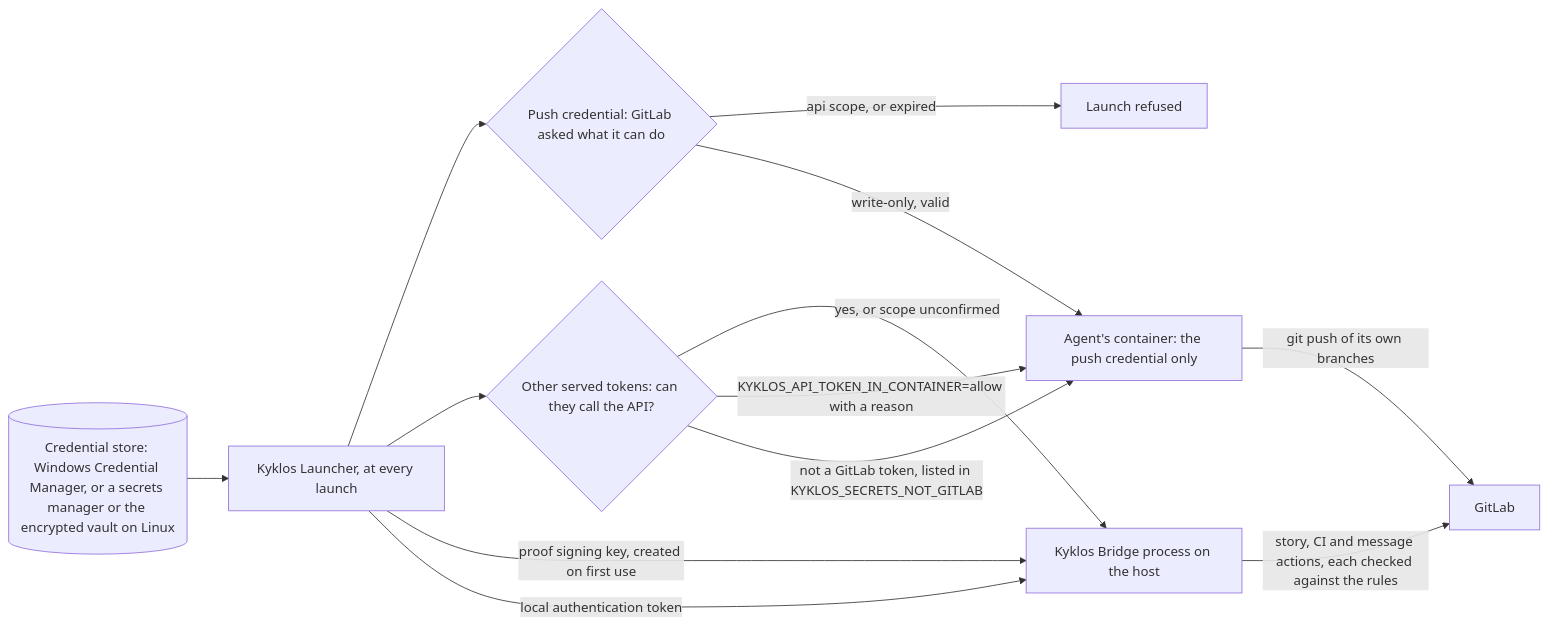
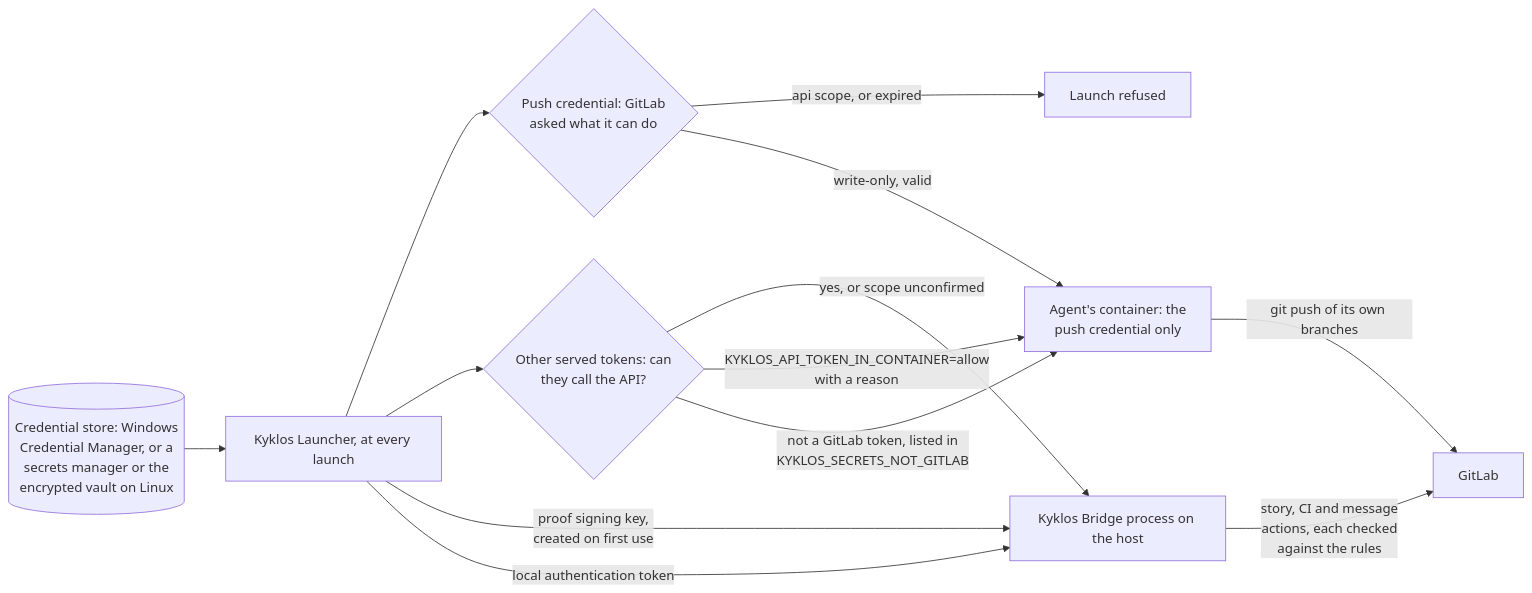
The diagram in docs/SECRETS.md (DogmaSolutions/Kyklos), drawn with Mermaid before and after one commit. The commit also changed 38 other files, not shown here.

````diff
--- a/docs/SECRETS.md
+++ b/docs/SECRETS.md
@@ -30,15 +30,15 @@
 ```mermaid
 flowchart LR
-    CM[("Credential store: Windows Credential Manager, or a secrets manager or the encrypted vault on Linux")] --> L["Kyklos Launcher, at every launch"]
-    L --> C1{"Push credential: GitLab asked what it can do"}
+    CM[("Credential store: Windows<br/>Credential Manager, or a<br/>secrets manager or the<br/>encrypted vault on Linux")] --> L["Kyklos Launcher, at every launch"]
+    L --> C1{"Push credential: GitLab<br/>asked what it can do"}
     C1 -->|"api scope, or expired"| X1["Launch refused"]
-    C1 -->|"write-only, valid"| CT["Agent's container: the push credential only"]
-    L --> C2{"Other served tokens: can they call the API?"}
+    C1 -->|"write-only, valid"| CT["Agent's container: the<br/>push credential only"]
+    L --> C2{"Other served tokens: can<br/>they call the API?"}
     C2 -->|"yes, or scope unconfirmed"| BR["Kyklos Bridge process on the host"]
-    C2 -->|"KYKLOS_API_TOKEN_IN_CONTAINER=allow with a reason"| CT
-    C2 -->|"not a GitLab token, listed in KYKLOS_SECRETS_NOT_GITLAB"| CT
-    L -->|"proof signing key, created on first use"| BR
+    C2 -->|"KYKLOS_API_TOKEN_IN_CONTAINER=allow<br/>with a reason"| CT
+    C2 -->|"not a GitLab token, listed in<br/>KYKLOS_SECRETS_NOT_GITLAB"| CT
+    L -->|"proof signing key,<br/>created on first use"| BR
     L -->|"local authentication token"| BR
-    BR -->|"story, CI and message actions, each checked against the rules"| GL["GitLab"]
+    BR -->|"story, CI and message<br/>actions, each checked<br/>against the rules"| GL["GitLab"]
     CT -->|"git push of its own branches"| GL
 ```
````
